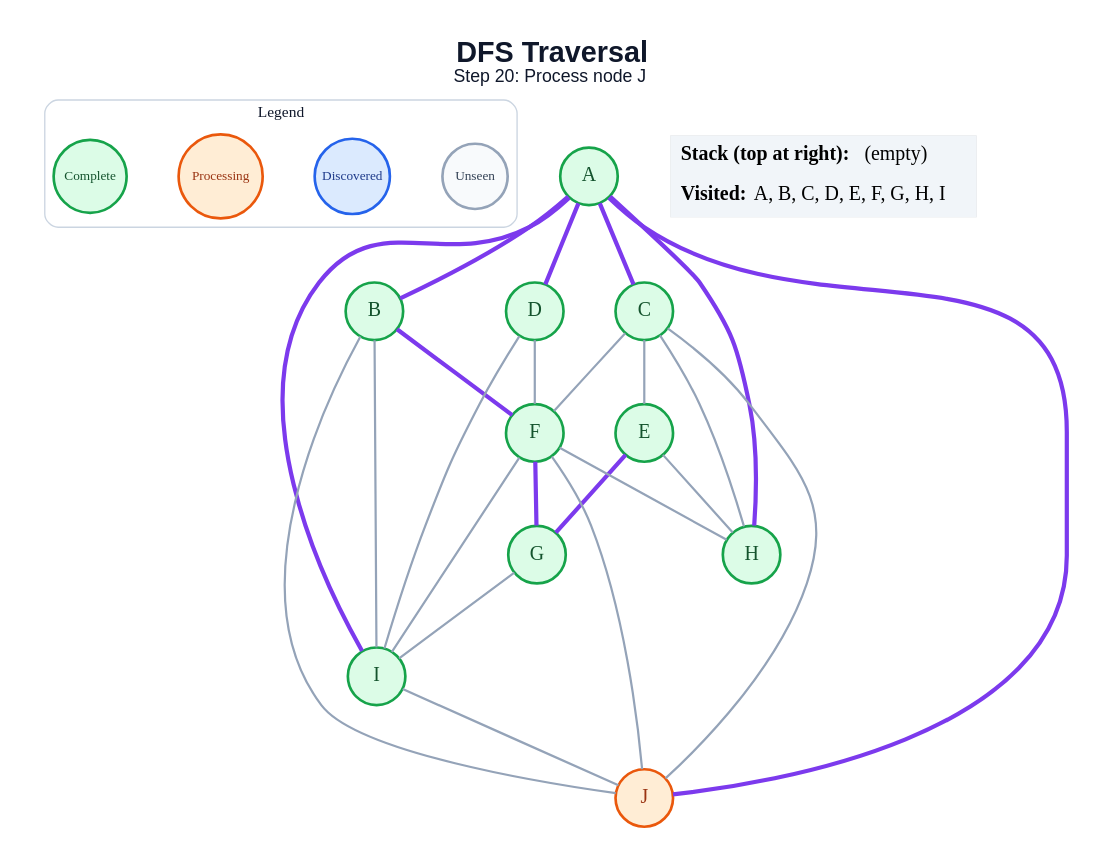
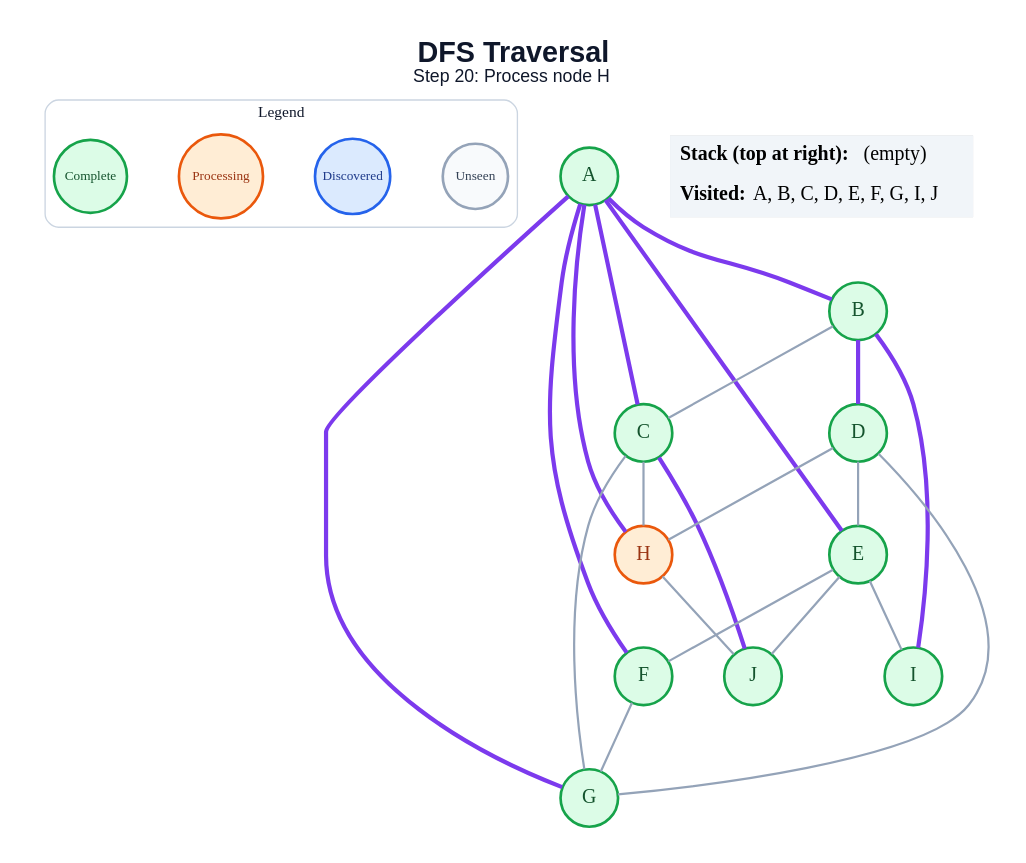
One commit to amanghodawala9/ai-slop changed the diagram in generated/dfs/step_20.dot. Above: the diagram before and after it, drawn with Graphviz. The commit also changed 178 other files, not shown here.

```diff
--- a/generated/dfs/step_20.dot
+++ b/generated/dfs/step_20.dot
@@ -1,52 +1,49 @@
 graph traversal {
   graph [layout=dot, rankdir=TB, bgcolor="#FFFFFF", pad="0.35", nodesep="0.65", ranksep="0.8", fontname="Arial"];
   node [shape=circle, style="filled", fontname="Arial Bold", fontsize=18, width=0.72, fixedsize=true, penwidth=2.4];
   edge [color="#94A3B8", penwidth=2.0];
-  label=<<B>DFS Traversal</B><BR/><FONT POINT-SIZE="16">Step 20: Process node J</FONT>>; labelloc="t"; fontsize=26; fontname="Arial"; fontcolor="#0F172A";
+  label=<<B>DFS Traversal</B><BR/><FONT POINT-SIZE="16">Step 20: Process node H</FONT>>; labelloc="t"; fontsize=26; fontname="Arial"; fontcolor="#0F172A";
   subgraph cluster_legend { label="Legend"; color="#CBD5E1"; penwidth=1.2; style="rounded"; fontsize=14; fontname="Arial Bold";
     key_unseen [label="Unseen", fillcolor="#F8FAFC", color="#94A3B8", fontcolor="#334155", fontsize=12, width=0.82];
     key_frontier [label="Discovered", fillcolor="#DBEAFE", color="#2563EB", fontcolor="#1E3A8A", fontsize=12, width=0.95];
     key_current [label="Processing", fillcolor="#FFEDD5", color="#EA580C", fontcolor="#9A3412", fontsize=12, width=1.05];
     key_done [label="Complete", fillcolor="#DCFCE7", color="#16A34A", fontcolor="#14532D", fontsize=12, width=0.92];
     { rank=same; key_unseen; key_frontier; key_current; key_done; }
   }
   A [fillcolor="#DCFCE7", color="#16A34A", fontcolor="#14532D"];
   B [fillcolor="#DCFCE7", color="#16A34A", fontcolor="#14532D"];
   C [fillcolor="#DCFCE7", color="#16A34A", fontcolor="#14532D"];
   D [fillcolor="#DCFCE7", color="#16A34A", fontcolor="#14532D"];
   E [fillcolor="#DCFCE7", color="#16A34A", fontcolor="#14532D"];
   F [fillcolor="#DCFCE7", color="#16A34A", fontcolor="#14532D"];
   G [fillcolor="#DCFCE7", color="#16A34A", fontcolor="#14532D"];
-  H [fillcolor="#DCFCE7", color="#16A34A", fontcolor="#14532D"];
+  H [fillcolor="#FFEDD5", color="#EA580C", fontcolor="#9A3412"];
   I [fillcolor="#DCFCE7", color="#16A34A", fontcolor="#14532D"];
-  J [fillcolor="#FFEDD5", color="#EA580C", fontcolor="#9A3412"];
+  J [fillcolor="#DCFCE7", color="#16A34A", fontcolor="#14532D"];
   A -- B [color="#7C3AED", penwidth=3.8];
   A -- C [color="#7C3AED", penwidth=3.8];
-  A -- D [color="#7C3AED", penwidth=3.8];
+  A -- E [color="#7C3AED", penwidth=3.8];
+  A -- F [color="#7C3AED", penwidth=3.8];
+  A -- G [color="#7C3AED", penwidth=3.8];
   A -- H [color="#7C3AED", penwidth=3.8];
-  A -- I [color="#7C3AED", penwidth=3.8];
-  A -- J [color="#7C3AED", penwidth=3.8];
-  B -- F [color="#7C3AED", penwidth=3.8];
-  B -- I;
-  B -- J;
-  C -- E;
-  C -- F;
+  B -- C;
+  B -- D [color="#7C3AED", penwidth=3.8];
+  B -- I [color="#7C3AED", penwidth=3.8];
+  C -- G;
   C -- H;
-  C -- J;
-  D -- F;
-  D -- I;
-  E -- G [color="#7C3AED", penwidth=3.8];
-  E -- H;
-  F -- G [color="#7C3AED", penwidth=3.8];
-  F -- H;
-  F -- I;
-  F -- J;
-  G -- I;
-  I -- J;
+  C -- J [color="#7C3AED", penwidth=3.8];
+  D -- E;
+  D -- G;
+  D -- H;
+  E -- F;
+  E -- I;
+  E -- J;
+  F -- G;
+  H -- J;
   status [shape=plain, fixedsize=false, width=0, height=0, margin=0, label=<
     <TABLE BORDER="0" CELLBORDER="0" CELLPADDING="7" BGCOLOR="#F1F5F9">
       <TR><TD ALIGN="LEFT"><B>Stack (top at right):</B> (empty)</TD></TR>
-      <TR><TD ALIGN="LEFT"><B>Visited:</B> A, B, C, D, E, F, G, H, I</TD></TR>
+      <TR><TD ALIGN="LEFT"><B>Visited:</B> A, B, C, D, E, F, G, I, J</TD></TR>
     </TABLE>
   >];
 }
```
